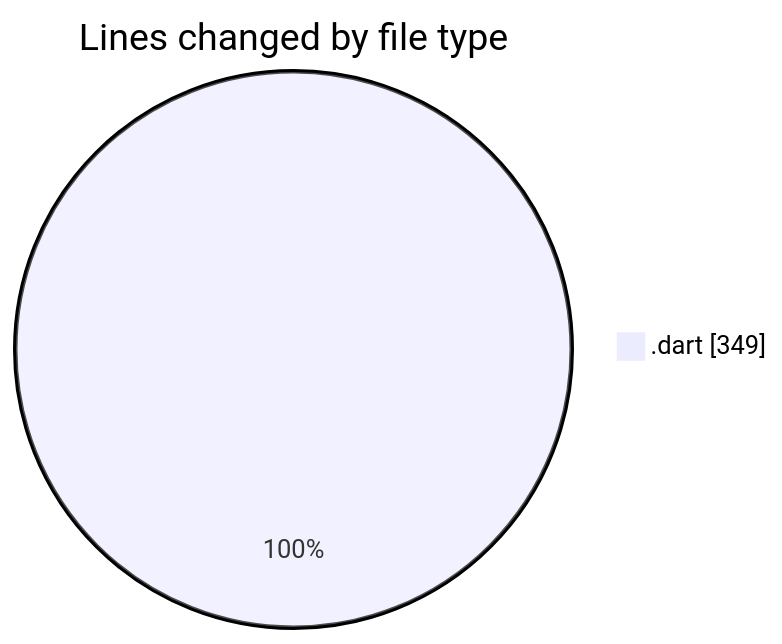
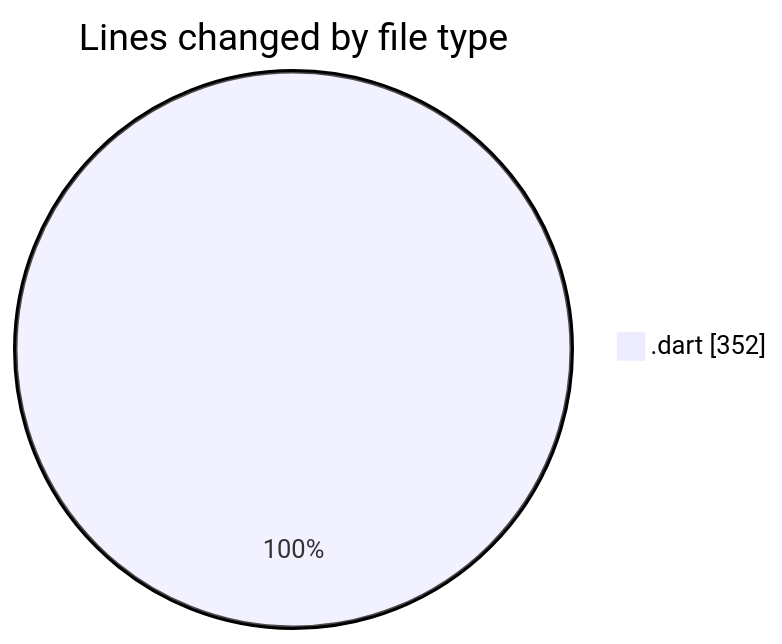
Before and after one commit to donsfak/code-tracking: the first of 2 diagrams in 2025-03-23/wordle/README.md, drawn with Mermaid. The commit also changed other lines of this file and 1 other file, not shown here.

````diff
--- a/2025-03-23/wordle/README.md
+++ b/2025-03-23/wordle/README.md
@@ -24,5 +24,5 @@
 ```mermaid
 pie showData
 title Lines changed by file type
-".dart" : 349
+".dart" : 352
 ```
````
